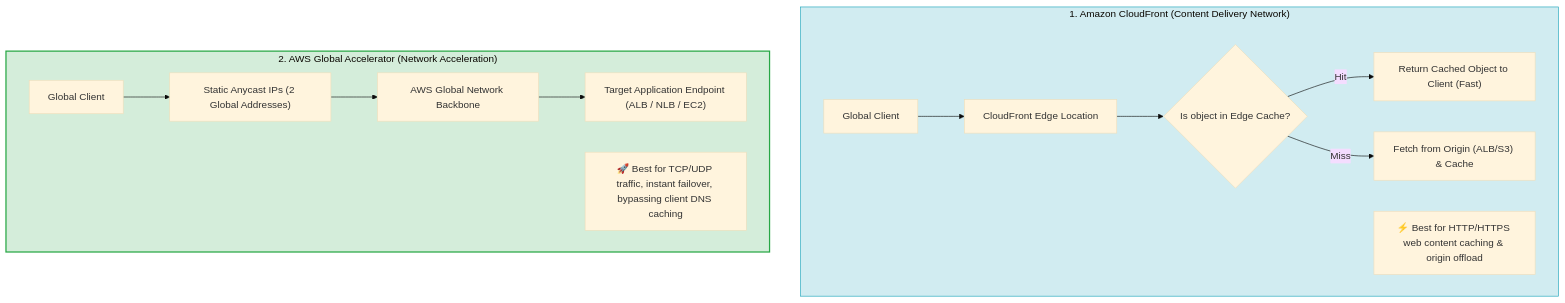
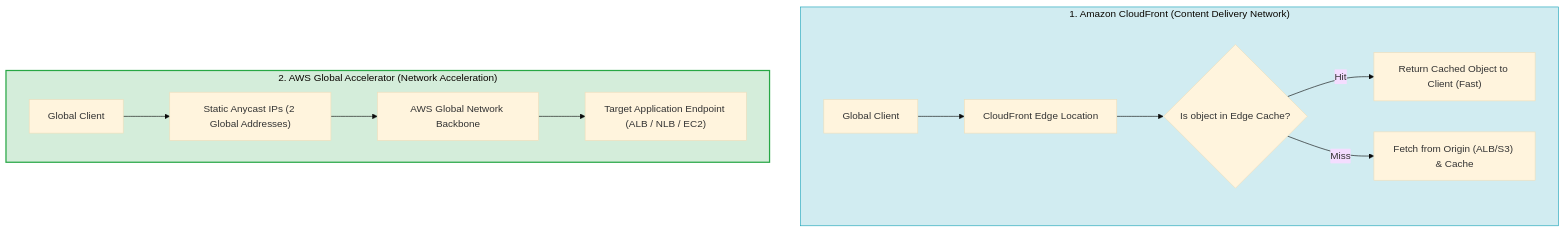
The second of 20 diagrams in Professional/3.3 Global service offerings (for example, AWS Global Accelerator, Amazon CloudFront, edge computing services).md (ReginRavi/AIP-C01), drawn with Mermaid (base theme) before and after one commit. The commit also changed other lines of this file and 1 other file, not shown here.

Commit message:
Fix mermaid diagram syntax in Global service offerings and High-performing systems architectures notes

````diff
--- a/Professional/3.3 Global service offerings (for example, AWS Global Accelerator, Amazon CloudFront, edge computing services).md
+++ b/Professional/3.3 Global service offerings (for example, AWS Global Accelerator, Amazon CloudFront, edge computing services).md
@@ -47,20 +57,18 @@
 ```mermaid
 flowchart TD
     subgraph CloudFront_Flow ["1. Amazon CloudFront (Content Delivery Network)"]
         CF_Client["Global Client"] --> CF_Edge["CloudFront Edge Location"]
         CF_Edge --> Q_Cache{"Is object in Edge Cache?"}
         Q_Cache -- "Hit" --> CF_Return["Return Cached Object to Client (Fast)"]
         Q_Cache -- "Miss" --> CF_Origin["Fetch from Origin (ALB/S3) & Cache"]
-        CF_Note["⚡ Best for HTTP/HTTPS web content caching & origin offload"]
     end
 
     subgraph AGA_Flow ["2. AWS Global Accelerator (Network Acceleration)"]
         AGA_Client["Global Client"] --> AGA_IP["Static Anycast IPs (2 Global Addresses)"]
         AGA_IP --> AGA_Backbone["AWS Global Network Backbone"]
         AGA_Backbone --> AGA_Endpoint["Target Application Endpoint (ALB / NLB / EC2)"]
-        AGA_Note["🚀 Best for TCP/UDP traffic, instant failover, bypassing client DNS caching"]
     end
 
     style CloudFront_Flow fill:#d1ecf1,stroke:#17a2b8,stroke-width:1px
     style AGA_Flow fill:#d4edda,stroke:#28a745,stroke-width:2px
 ```
````
